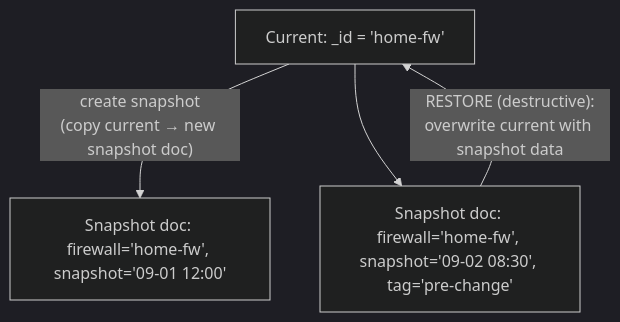
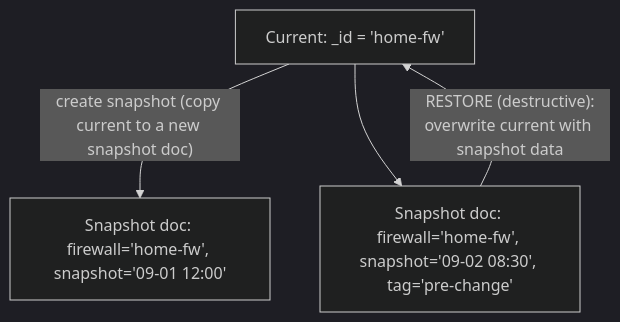
One commit to ibehren1/fw-gui changed the fourth of 8 diagrams in docs/data-architecture.md. Above: the diagram before and after it, drawn with Mermaid (dark theme). The commit also changed other lines of this file and 1 other file, not shown here.

First line of the commit message:
docs: harden mermaid diagrams for GitHub rendering

````diff
--- a/docs/data-architecture.md
+++ b/docs/data-architecture.md
@@ -183,10 +183,10 @@
 ```mermaid
 flowchart TD
     Cur["Current: _id = 'home-fw'"]
     Snap1["Snapshot doc: firewall='home-fw', snapshot='09-01 12:00'"]
     Snap2["Snapshot doc: firewall='home-fw', snapshot='09-02 08:30', tag='pre-change'"]
 
-    Cur -->|"create snapshot<br/>(copy current → new snapshot doc)"| Snap1
+    Cur -->|"create snapshot (copy current to a new snapshot doc)"| Snap1
     Cur --> Snap2
     Snap2 -->|"RESTORE (destructive):<br/>overwrite current with snapshot data"| Cur
 ```
````
